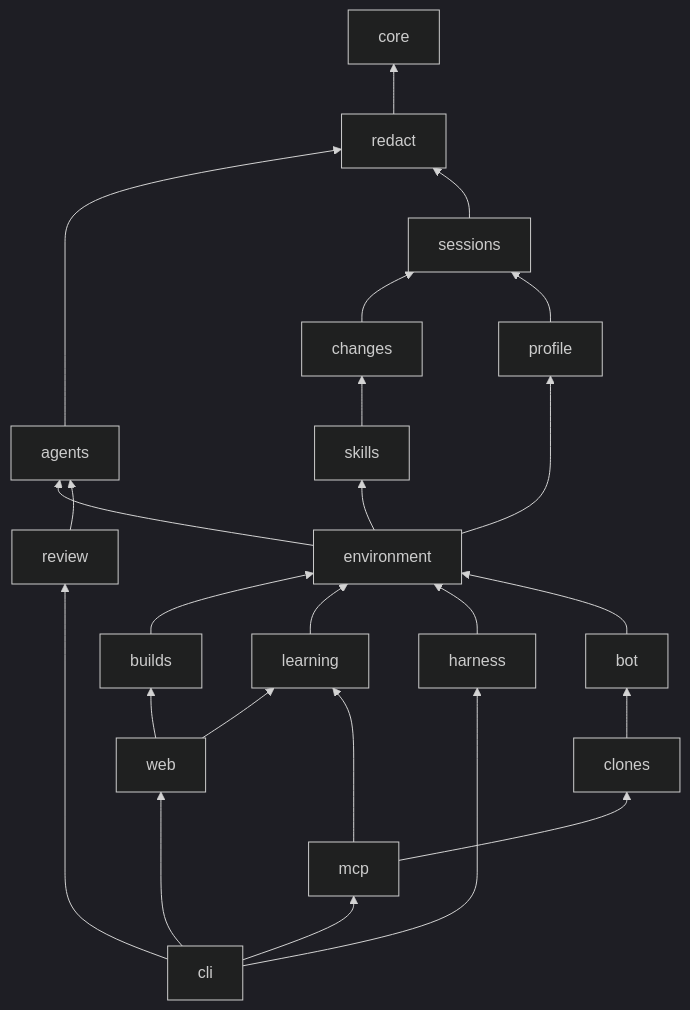
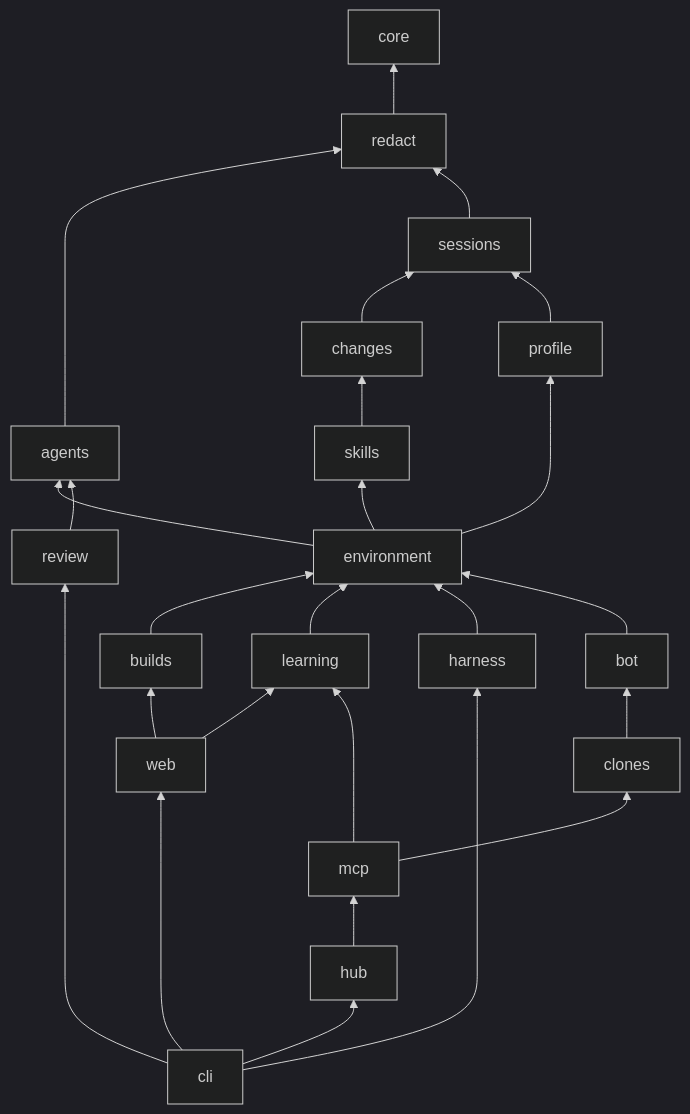
Before and after one commit to theonly1me/shadowclone: the first of 2 diagrams in docs/architecture/README.md, drawn with Mermaid (dark theme). The commit also changed other lines of this file and 54 other files, not shown here.

First line of the commit message:
feat(hub): reach your clones from any mcp client (#247)

````diff
--- a/docs/architecture/README.md
+++ b/docs/architecture/README.md
@@ -37,26 +38,27 @@
 ```mermaid
 graph BT
   redact --> core
   agents --> redact
   sessions --> redact
   changes --> sessions
   skills --> changes
   profile --> sessions
   environment --> profile
   environment --> skills
   environment --> agents
   builds --> environment
   learning --> environment
   harness --> environment
   review --> agents
   bot --> environment
   web --> builds
   web --> learning
   mcp --> learning
   clones --> bot
   mcp --> clones
-  cli --> mcp
+  hub --> mcp
+  cli --> hub
   cli --> web
   cli --> harness
   cli --> review
 ```
````
